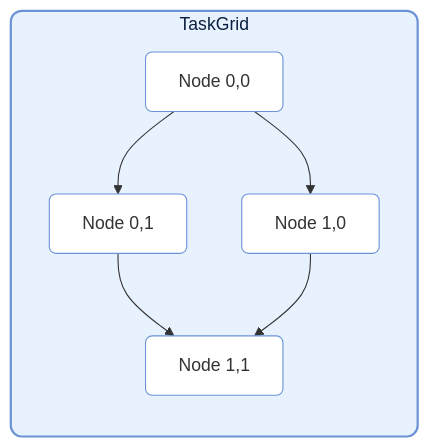
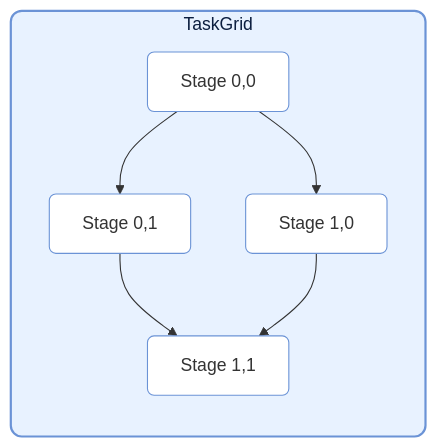
Before and after one commit to Mr-xiaotian/CelestialFlow: the third of 6 diagrams in docs/ja/src/graph/core_structure.md, drawn with Mermaid. The commit also changed other lines of this file and 211 other files, not shown here.

````diff
--- a/docs/ja/src/graph/core_structure.md
+++ b/docs/ja/src/graph/core_structure.md
@@ -82,18 +82,18 @@
 ```mermaid
 flowchart TD
     subgraph TG[TaskGrid]
         direction TB
-        S00[Node 0,0]
-        S01[Node 0,1]
-        S10[Node 1,0]
-        S11[Node 1,1]
+        S00[Stage 0,0]
+        S01[Stage 0,1]
+        S10[Stage 1,0]
+        S11[Stage 1,1]
 
         S00 --> S01
         S00 --> S10
         S01 --> S11
         S10 --> S11
     end
     style TG fill:#e8f2ff,stroke:#6b93d6,stroke-width:2px,color:#0b1e3f,rx:10px,ry:10px
     classDef blueNode fill:#ffffff,stroke:#6b93d6,rx:6px,ry:6px;
     class S00,S01,S10,S11 blueNode;
 ```
````
